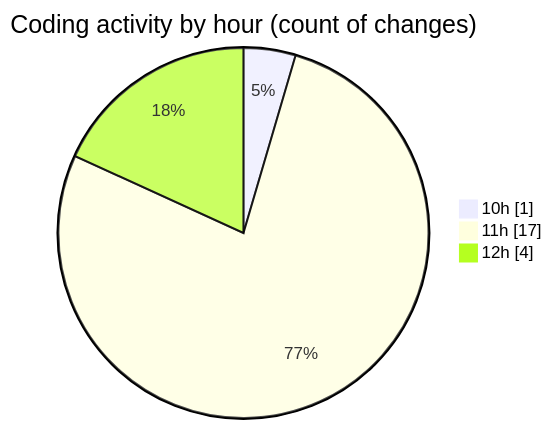
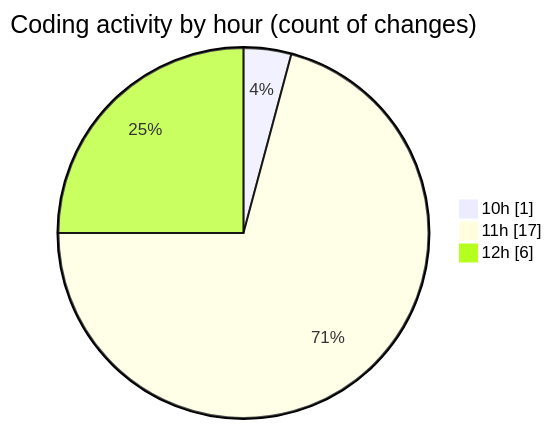
The second of 2 diagrams in 2026-05-19/nxtqube_webapp/README.md (nxtqubesakshisongat/code-tracking), drawn with Mermaid before and after one commit. The commit also changed other lines of this file and 1 other file, not shown here.

````diff
--- a/2026-05-19/nxtqube_webapp/README.md
+++ b/2026-05-19/nxtqube_webapp/README.md
@@ -33,7 +33,7 @@
 ```mermaid
 pie showData
 title Coding activity by hour (count of changes)
 "10h" : 1
 "11h" : 17
-"12h" : 4
+"12h" : 6
 ```
````
